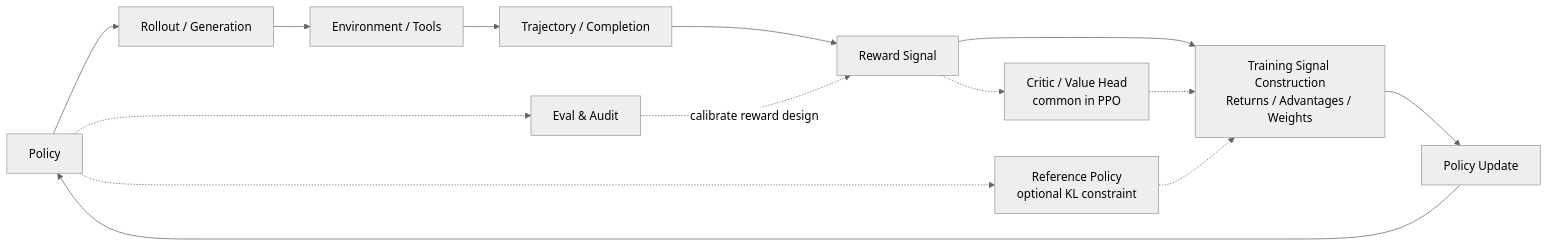
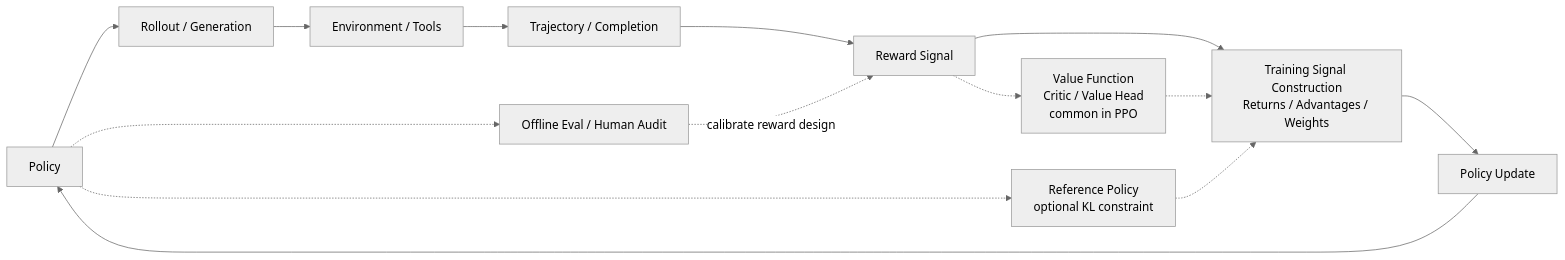
The diagram in docs/en/appendix_industrial_training/training-debugging.md (birhantprkc/hands-on-modern-rl), drawn with Mermaid (neutral theme) before and after one commit. The commit also changed other lines of this file and 3 other files, not shown here.

````diff
--- a/docs/en/appendix_industrial_training/training-debugging.md
+++ b/docs/en/appendix_industrial_training/training-debugging.md
@@ -53,17 +25,17 @@
 ```mermaid
 flowchart LR
     P["Policy"] --> R["Rollout / Generation"]
     R --> E["Environment / Tools"]
     E --> S["Trajectory / Completion"]
     S --> W["Reward Signal"]
     W --> T["Training Signal Construction<br/>Returns / Advantages / Weights"]
     T --> U["Policy Update"]
     U --> P
 
-    W -.-> V["Critic / Value Head<br/>common in PPO"]
+    W -.-> V["Value Function<br/>Critic / Value Head<br/>common in PPO"]
     V -.-> T
     P -.-> K["Reference Policy<br/>optional KL constraint"]
     K -.-> T
-    P -.-> B["Eval & Audit"]
+    P -.-> B["Offline Eval / Human Audit"]
     B -.->|"calibrate reward design"| W
 ```
````
